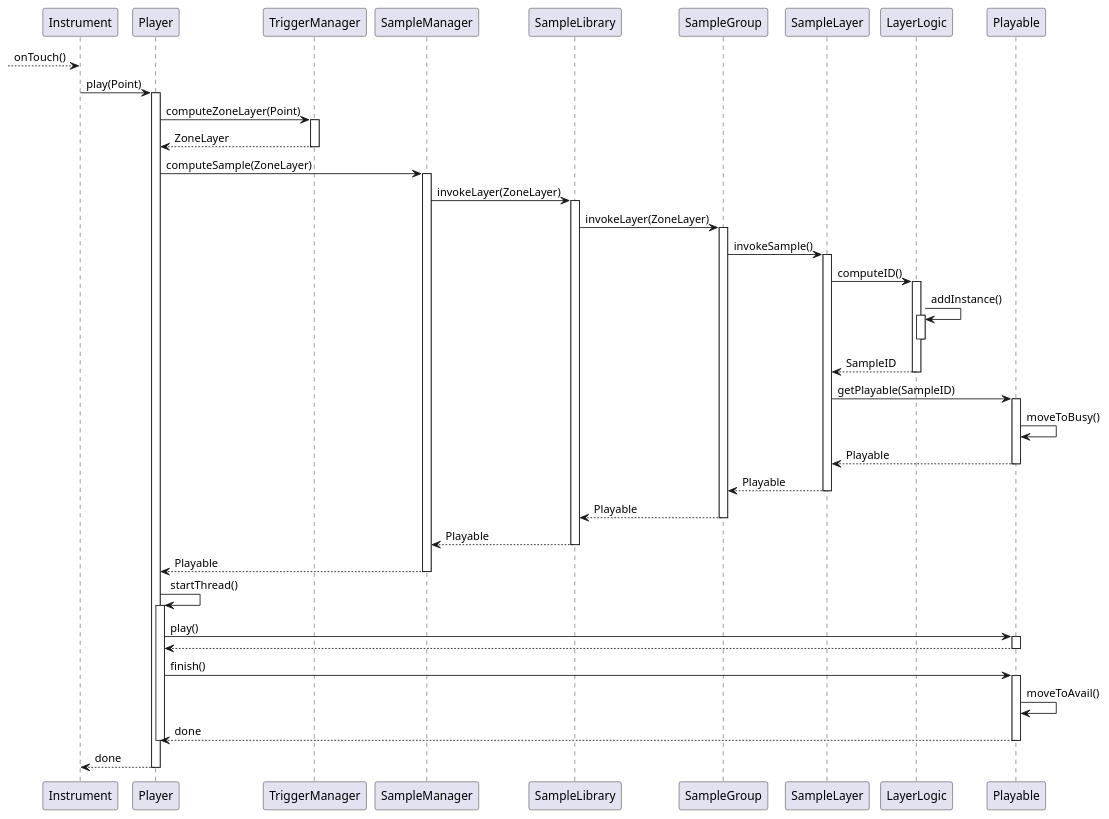
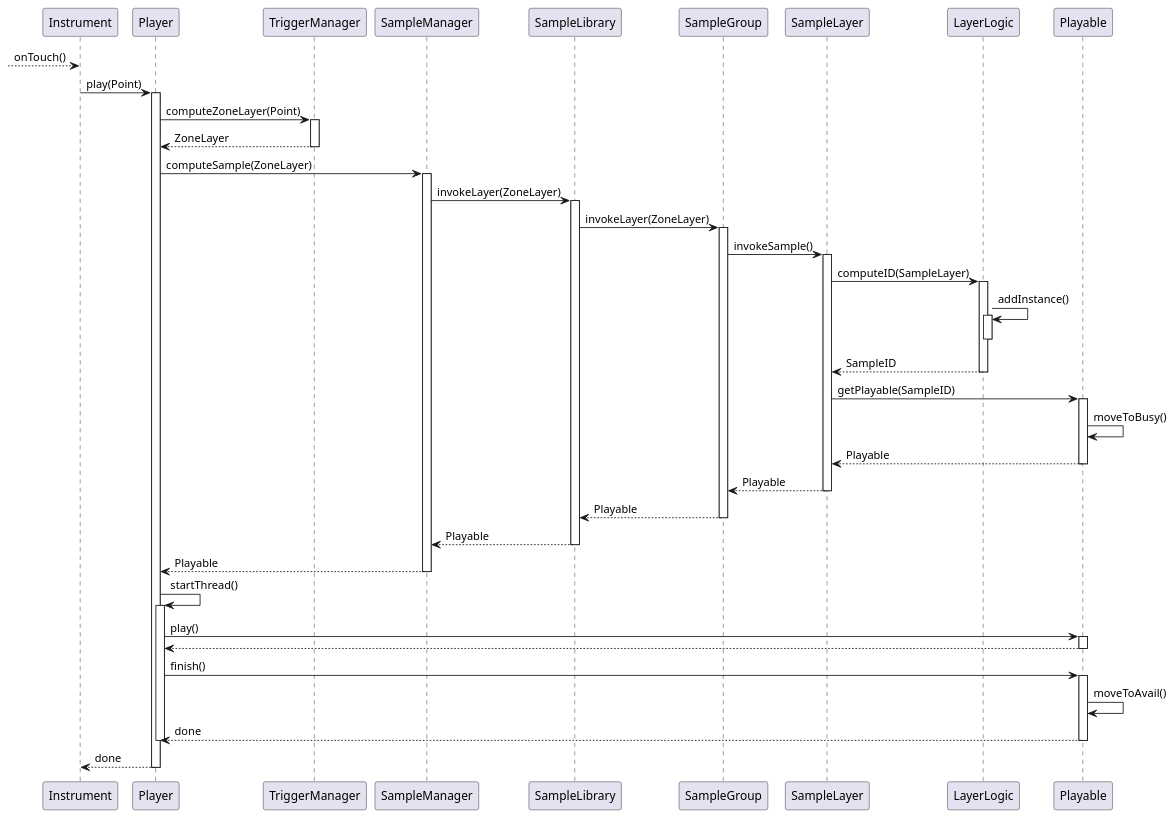
One commit to tunepruner/FingerPerc changed the diagram in app/Documentation/playSampleSequence.puml. Above: the diagram before and after it, drawn with PlantUML. The commit also changed 14 other files, not shown here.

```diff
--- a/app/Documentation/playSampleSequence.puml
+++ b/app/Documentation/playSampleSequence.puml
@@ -1,37 +1,37 @@
 @startuml
 -->Instrument: onTouch()
 
 
 Instrument->Player++: play(Point)
 Player->TriggerManager++: computeZoneLayer(Point)
 return ZoneLayer
 
 
 Player->SampleManager++: computeSample(ZoneLayer)
 SampleManager->SampleLibrary++: invokeLayer(ZoneLayer)
 SampleLibrary->SampleGroup++: invokeLayer(ZoneLayer)
 SampleGroup->SampleLayer++: invokeSample()
-SampleLayer->LayerLogic++:computeID()
+SampleLayer->LayerLogic++:computeID(SampleLayer)
 LayerLogic->LayerLogic++:addInstance()
 deactivate
 return SampleID
 SampleLayer->Playable++:getPlayable(SampleID)
 Playable->Playable:moveToBusy()
 
 
 return Playable
 return Playable
 return Playable
 return Playable
 return Playable
 
 Player->Player++:startThread()
 
 Player->Playable++: play()
 return
 Player->Playable++: finish()
 Playable->Playable: moveToAvail()
 return done
 deactivate
 return done
 @enduml
```
